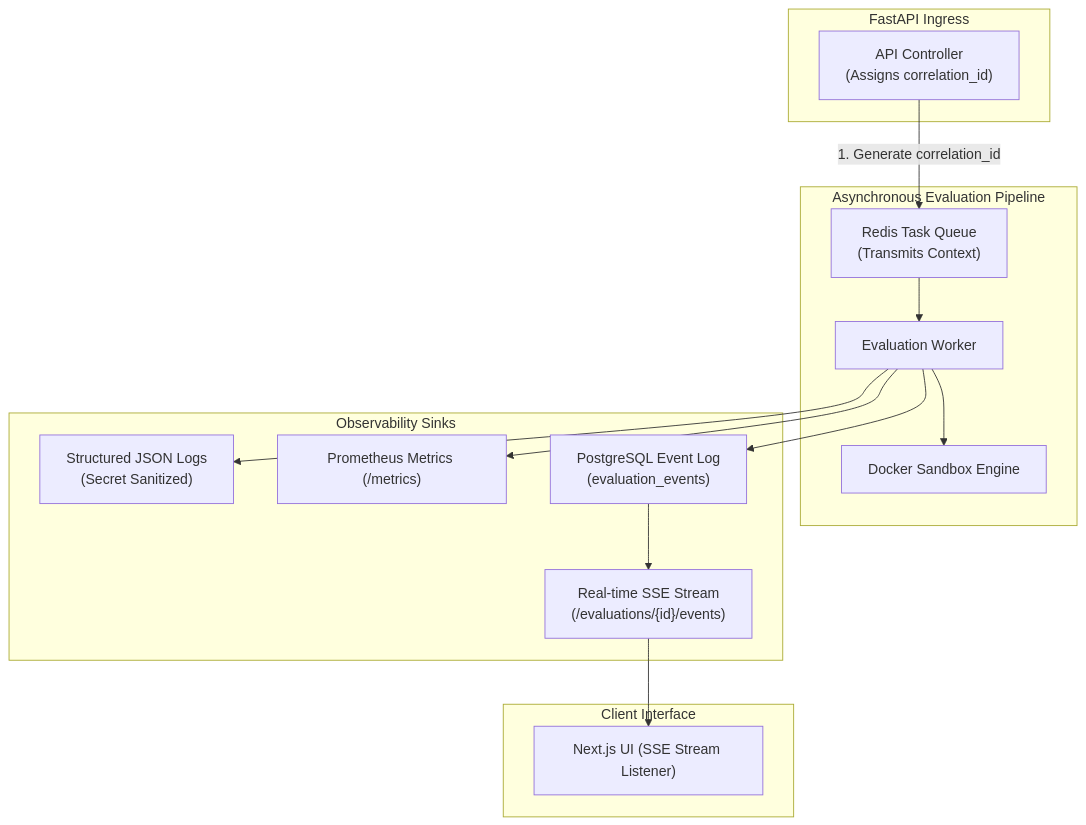
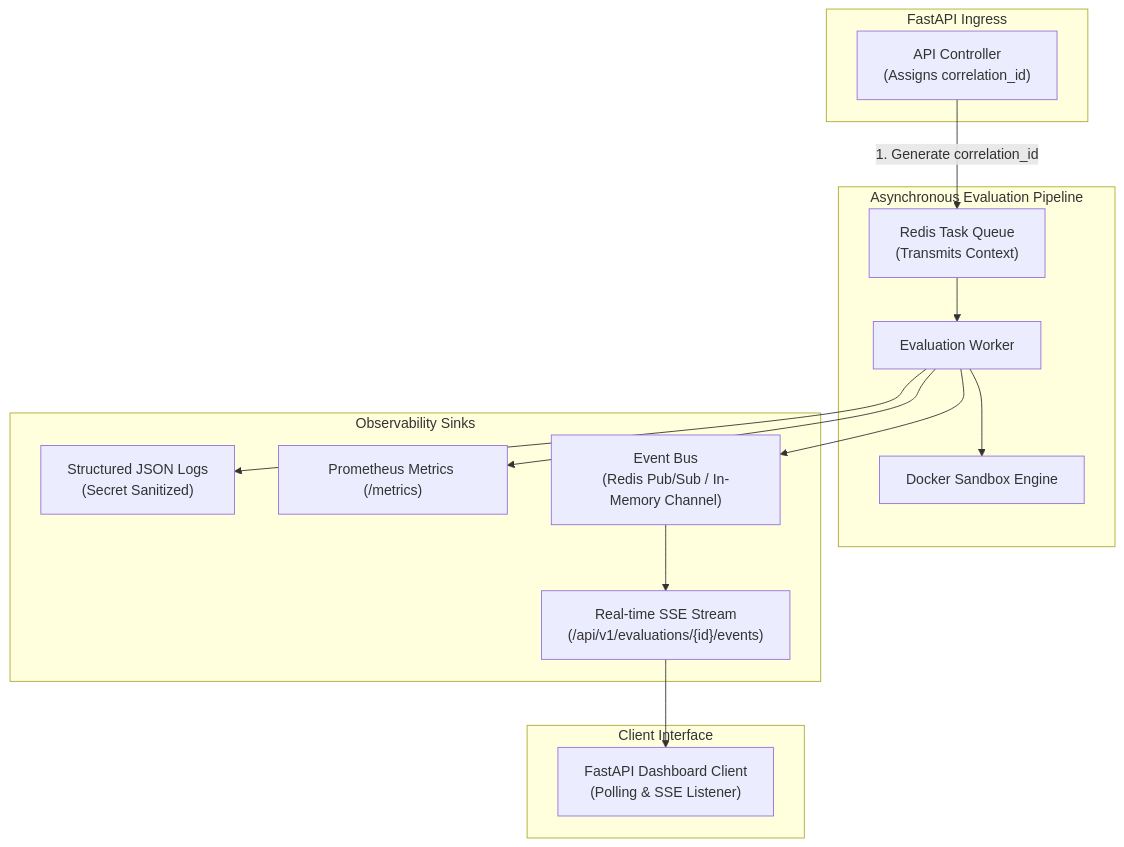
Before and after one commit to 25sarvesh2005/REPO-Score: the diagram in docs/architecture/OBSERVABILITY_ARCHITECTURE.md, drawn with Mermaid. The commit also changed other lines of this file and 4 other files, not shown here.

Commit message:
feat(api): implement GET /evaluations/{id}/events SSE streaming endpoint and update observability architecture

````diff
--- a/docs/architecture/OBSERVABILITY_ARCHITECTURE.md
+++ b/docs/architecture/OBSERVABILITY_ARCHITECTURE.md
@@ -14,32 +14,32 @@
 ```mermaid
 graph TD
     subgraph Client ["Client Interface"]
-        UI["Next.js UI (SSE Stream Listener)"]
+        UI["FastAPI Dashboard Client\n(Polling & SSE Listener)"]
     end
 
     subgraph APILayer ["FastAPI Ingress"]
         API["API Controller\n(Assigns correlation_id)"]
     end
 
     subgraph Pipeline ["Asynchronous Evaluation Pipeline"]
         Queue["Redis Task Queue\n(Transmits Context)"]
         Worker["Evaluation Worker"]
         Sandbox["Docker Sandbox Engine"]
     end
 
     subgraph ObservabilityStack ["Observability Sinks"]
         LogSink["Structured JSON Logs\n(Secret Sanitized)"]
         PromSink["Prometheus Metrics (/metrics)"]
-        EventSink["PostgreSQL Event Log\n(evaluation_events)"]
-        SSESink["Real-time SSE Stream\n(/evaluations/{id}/events)"]
+        EventSink["Event Bus\n(Redis Pub/Sub / In-Memory Channel)"]
+        SSESink["Real-time SSE Stream\n(/api/v1/evaluations/{id}/events)"]
     end
 
     API -->|1. Generate correlation_id| Queue
     Queue --> Worker
     Worker --> Sandbox
     Worker --> LogSink
     Worker --> PromSink
     Worker --> EventSink
     EventSink --> SSESink
     SSESink --> UI
 ```
````
